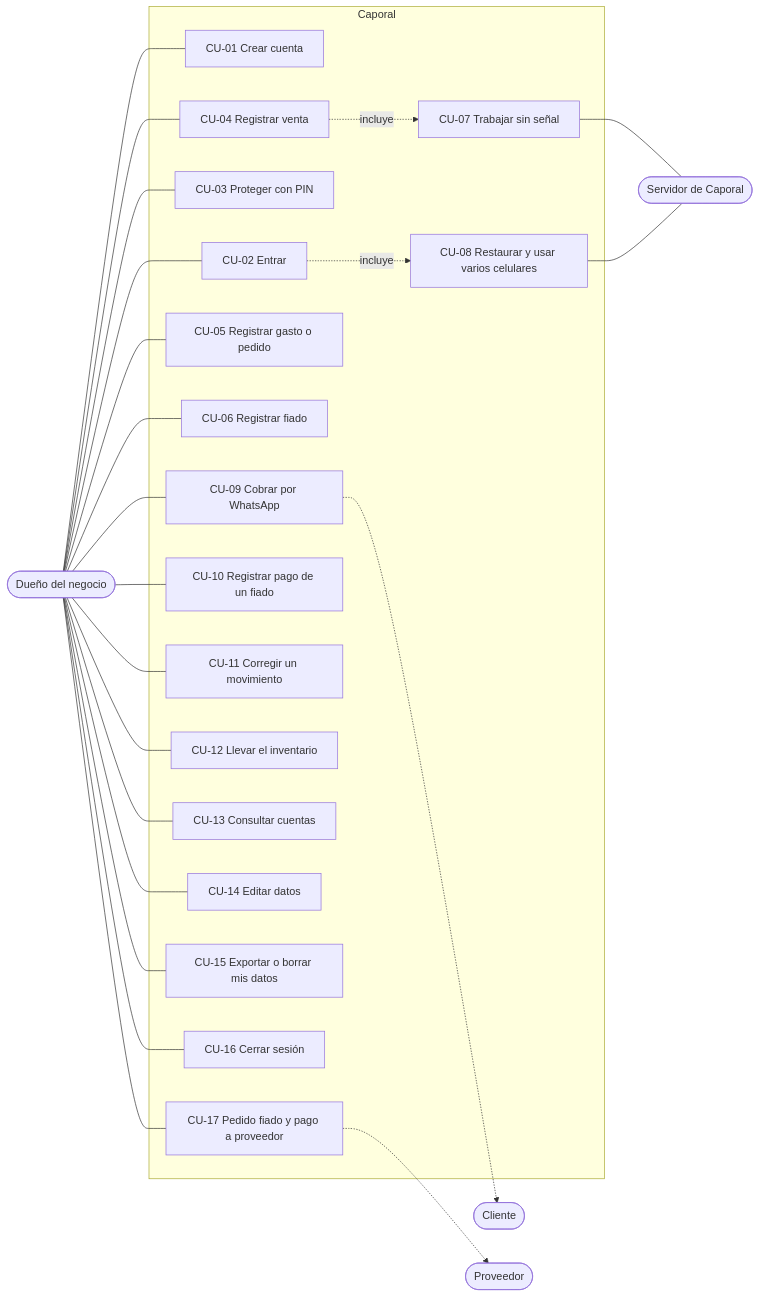
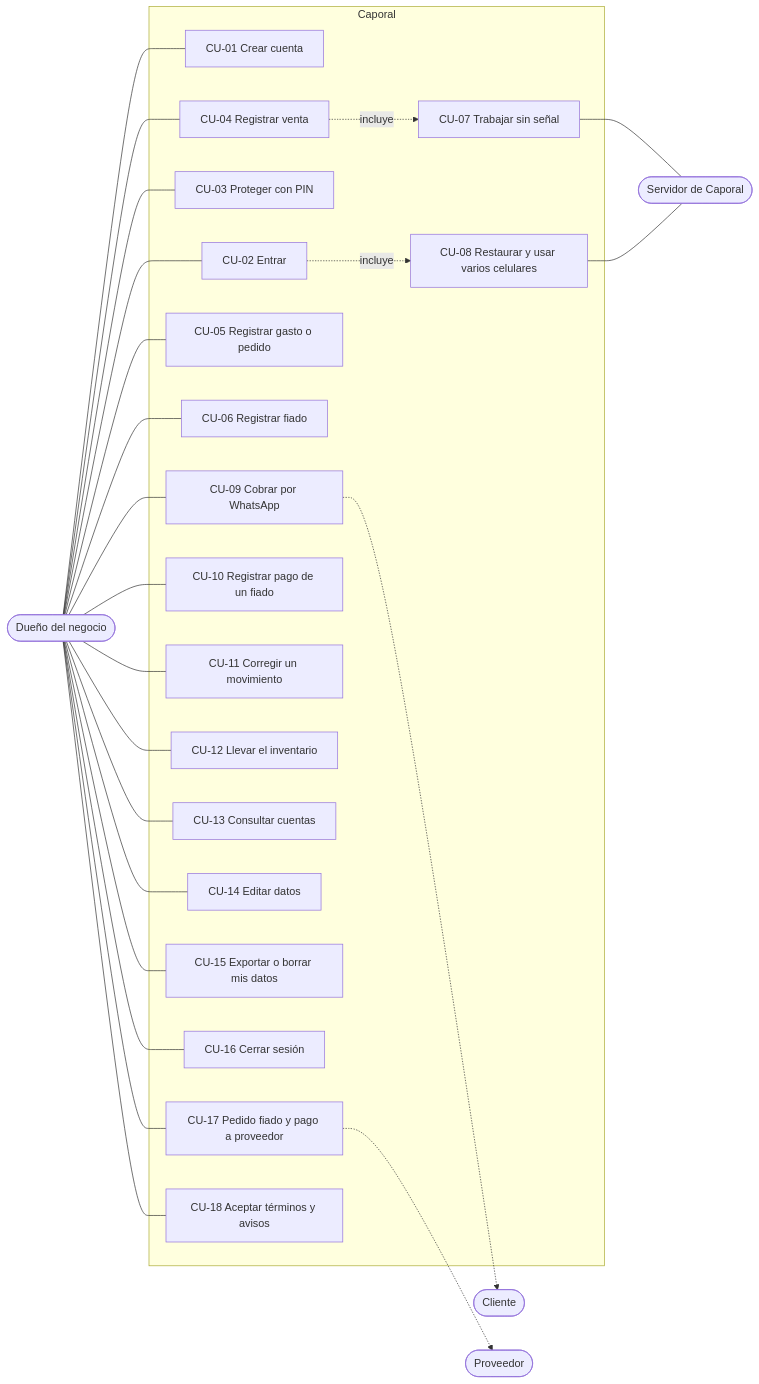
The diagram in documentacion/03-casos-de-uso.md (ricardomb-tech/caporal), drawn with Mermaid before and after one commit. The commit also changed other lines of this file and 28 other files, not shown here.

First line of the commit message:
Términos y condiciones al entrar, autorización de datos y avisos en el celular

````diff
--- a/documentacion/03-casos-de-uso.md
+++ b/documentacion/03-casos-de-uso.md
@@ -3,33 +3,34 @@
 ```mermaid
 flowchart LR
     D(["Dueño del negocio"])
     C(["Cliente"])
     S(["Servidor de Caporal"])
     subgraph Caporal
         CU01["CU-01 Crear cuenta"]
         CU02["CU-02 Entrar"]
         CU03["CU-03 Proteger con PIN"]
         CU04["CU-04 Registrar venta"]
         CU05["CU-05 Registrar gasto o pedido"]
         CU06["CU-06 Registrar fiado"]
         CU07["CU-07 Trabajar sin señal"]
         CU08["CU-08 Restaurar y usar varios celulares"]
         CU09["CU-09 Cobrar por WhatsApp"]
         CU10["CU-10 Registrar pago de un fiado"]
         CU11["CU-11 Corregir un movimiento"]
         CU12["CU-12 Llevar el inventario"]
         CU13["CU-13 Consultar cuentas"]
         CU14["CU-14 Editar datos"]
         CU15["CU-15 Exportar o borrar mis datos"]
         CU16["CU-16 Cerrar sesión"]
         CU17["CU-17 Pedido fiado y pago a proveedor"]
+        CU18["CU-18 Aceptar términos y avisos"]
     end
     P(["Proveedor"])
-    D --- CU01 & CU02 & CU03 & CU04 & CU05 & CU06 & CU09 & CU10 & CU11 & CU12 & CU13 & CU14 & CU15 & CU16 & CU17
+    D --- CU01 & CU02 & CU03 & CU04 & CU05 & CU06 & CU09 & CU10 & CU11 & CU12 & CU13 & CU14 & CU15 & CU16 & CU17 & CU18
     CU09 -.-> C
     CU17 -.-> P
     CU07 --- S
     CU08 --- S
     CU04 -.->|incluye| CU07
     CU02 -.->|incluye| CU08
 ```
````
